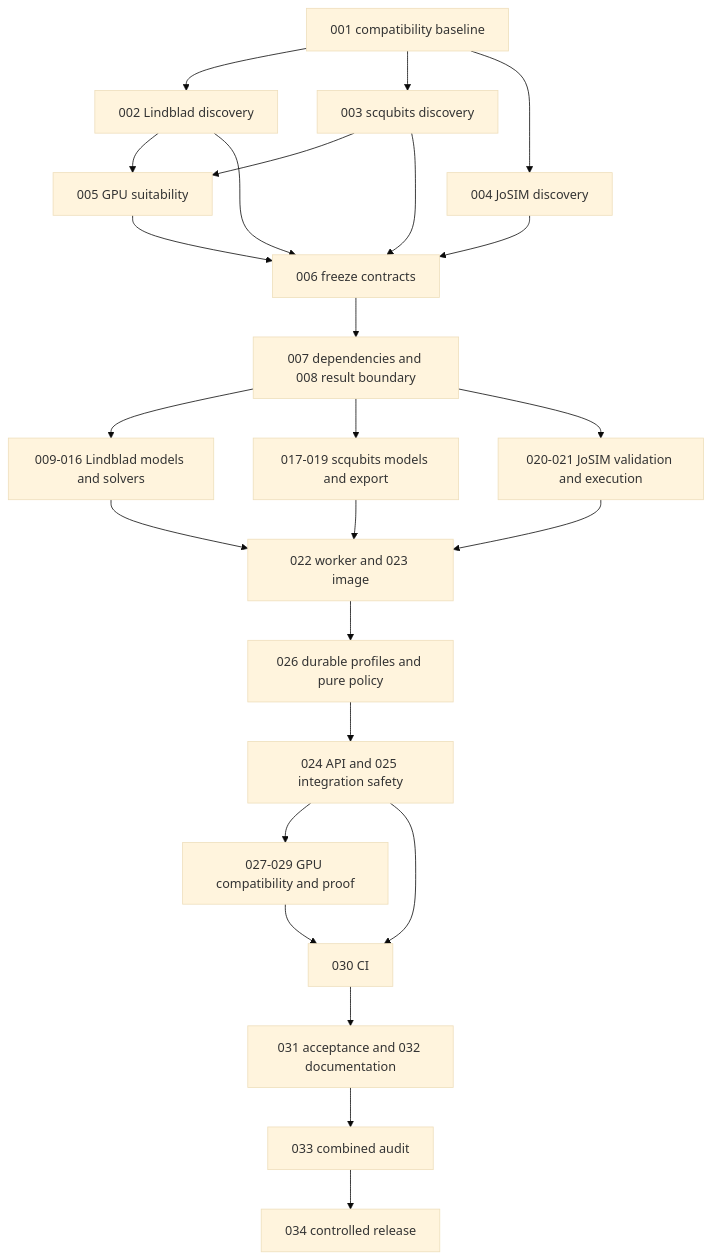
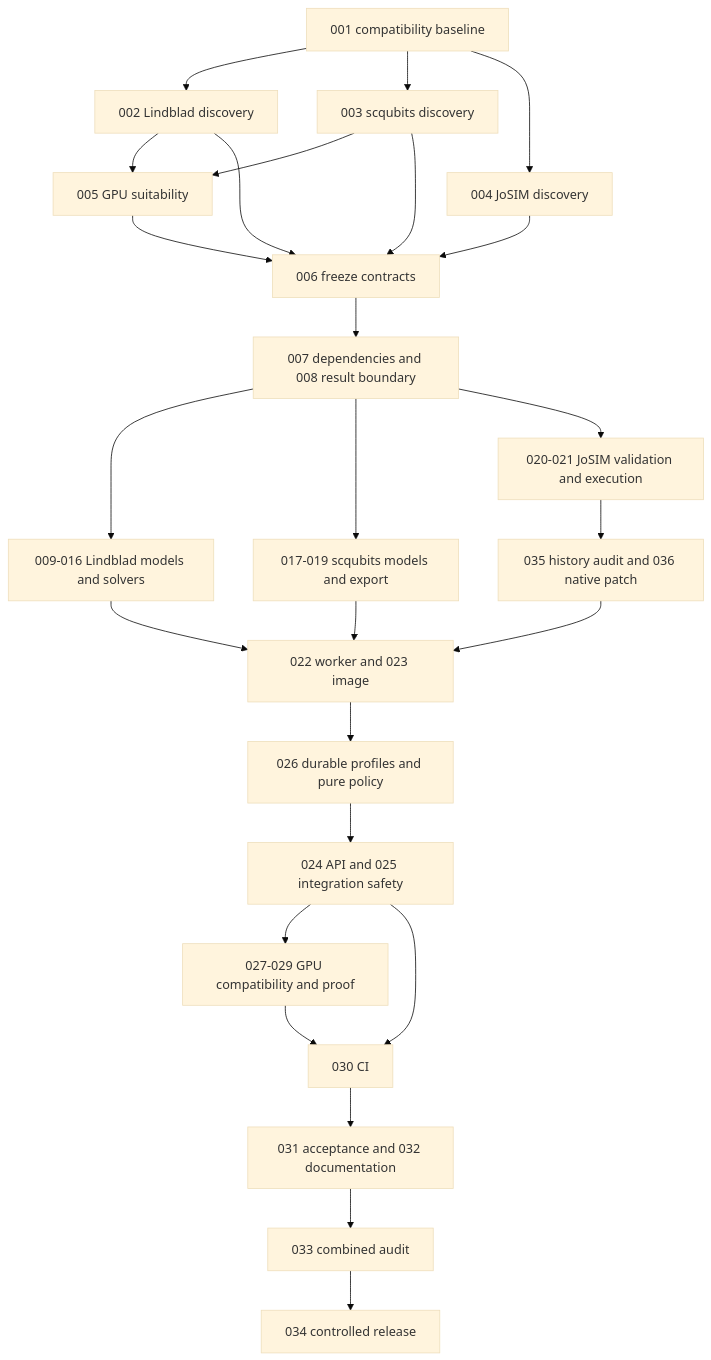
The diagram in spec/physics-engines/tasks.md (Wehden/wqs-quantum-sim), drawn with Mermaid (base theme) before and after one commit. The commit also changed other lines of this file and 2 other files, not shown here.

Commit message:
Record JoSIM history blocker and plan bounded native retention

````diff
--- a/spec/physics-engines/tasks.md
+++ b/spec/physics-engines/tasks.md
@@ -9,27 +9,28 @@
 ```mermaid
 flowchart TD
   A[001 compatibility baseline] --> B[002 Lindblad discovery]
   A --> C[003 scqubits discovery]
   A --> D[004 JoSIM discovery]
   B --> E[005 GPU suitability]
   C --> E
   B --> F[006 freeze contracts]
   C --> F
   D --> F
   E --> F
   F --> G[007 dependencies and 008 result boundary]
   G --> H[009-016 Lindblad models and solvers]
   G --> I[017-019 scqubits models and export]
   G --> J[020-021 JoSIM validation and execution]
   H --> K[022 worker and 023 image]
   I --> K
-  J --> K
+  J --> JH[035 history audit and 036 native patch]
+  JH --> K
   K --> L[026 durable profiles and pure policy]
   L --> M[024 API and 025 integration safety]
   M --> N[027-029 GPU compatibility and proof]
   M --> O[030 CI]
   N --> O
   O --> P[031 acceptance and 032 documentation]
   P --> Q[033 combined audit]
   Q --> R[034 controlled release]
 ```
````
